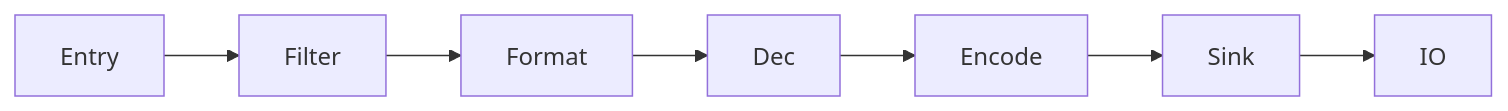
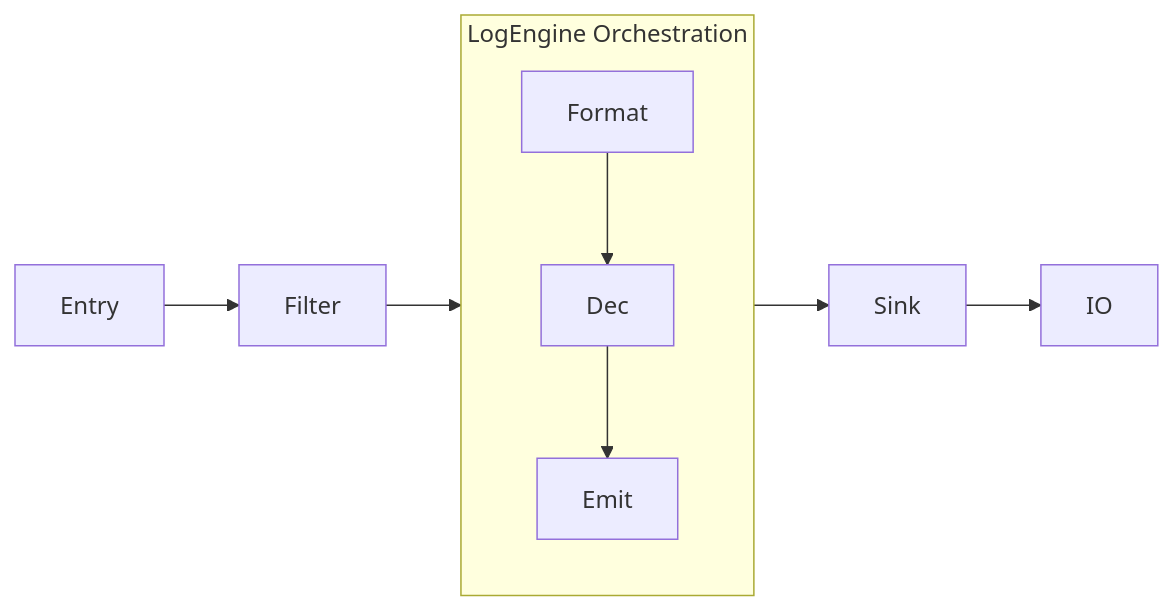
One commit to pooriaaskarim/logd changed the diagram in doc/handler/architecture.md. Above: the diagram before and after it, drawn with Mermaid. The commit also changed other lines of this file and 95 other files, not shown here.

First line of the commit message:
refactor(handler): introduce LogPipelineFactory and unified LogEngine API

````diff
--- a/doc/handler/architecture.md
+++ b/doc/handler/architecture.md
@@ -9,4 +9,8 @@
 ```mermaid
 flowchart LR
-    Entry --> Filter --> Format --> Dec --> Encode --> Sink --> IO
+    Entry --> Filter --> Engine --> Sink --> IO
+    subgraph Engine [LogEngine Orchestration]
+      direction TB
+      Format --> Dec --> Emit
+    end
 ```
````
